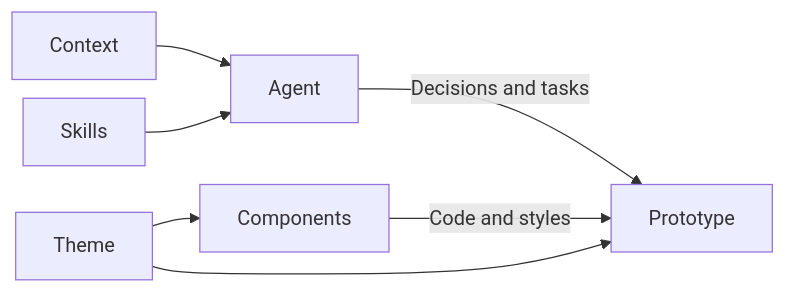
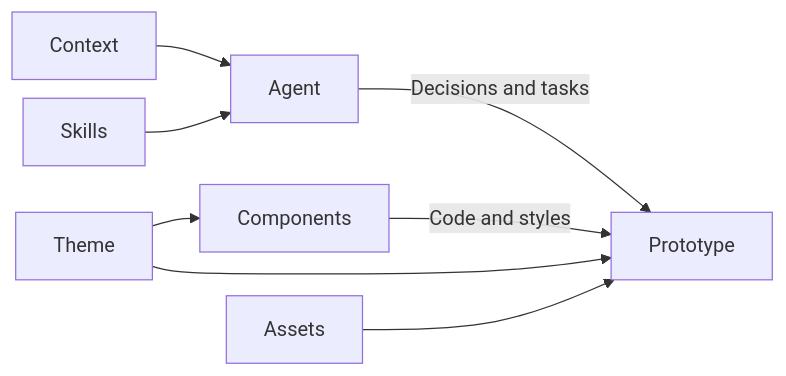
The diagram in src/modules/documentation/pages/systems.md (itspatmorgan/design-studio-starter), drawn with Mermaid before and after one commit. The commit also changed other lines of this file and 13 other files, not shown here.

````diff
--- a/src/modules/documentation/pages/systems.md
+++ b/src/modules/documentation/pages/systems.md
@@ -30,17 +30,18 @@
 ```mermaid
 ---
 config:
   flowchart:
     nodeSpacing: 15
     rankSpacing: 35
 ---
 flowchart LR
   accTitle: How a system supports the work
-  accDescr: Context and skills guide an agent. Theme and components provide the interface toolkit. Both contribute to the work.
+  accDescr: Context and skills guide an agent. Theme, components, and assets provide the interface toolkit. All support the prototype.
   context[Context] --> agent[Agent]
   skills[Skills] --> agent
   theme[Theme] --> components[Components]
   agent -->|Decisions and tasks| work[Prototype]
   components -->|Code and styles| work
   theme --> work
+  assets[Assets] --> work
 ```
````
